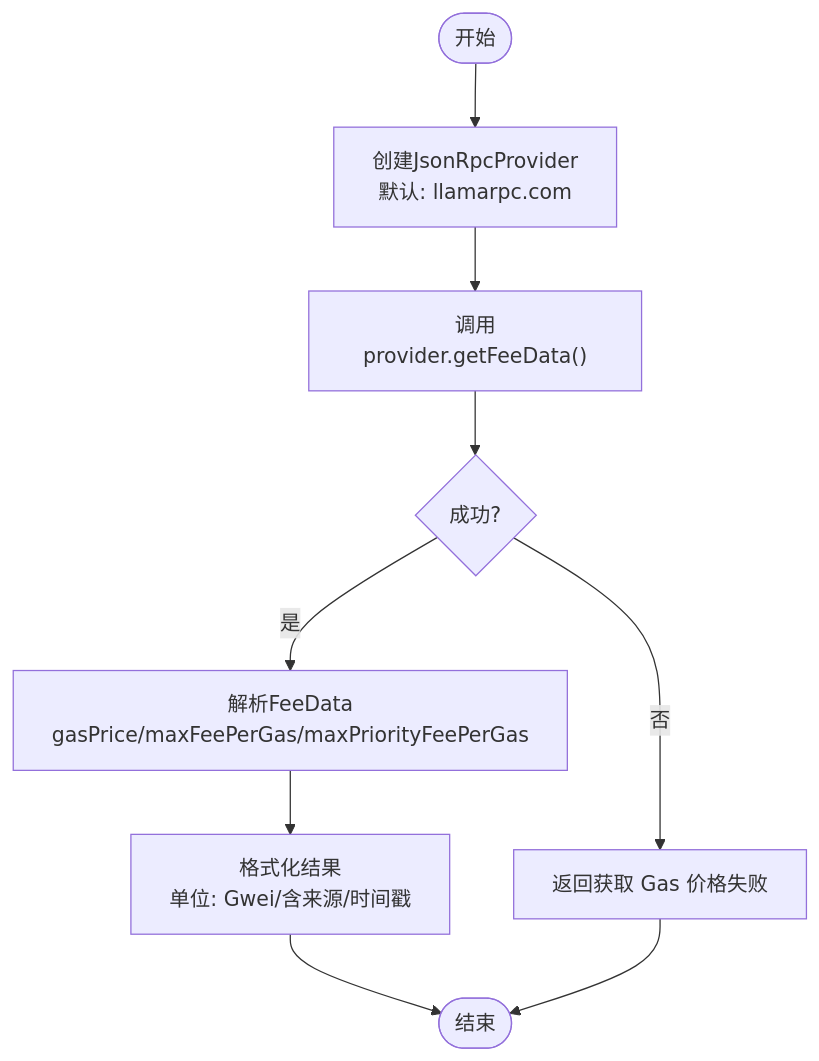
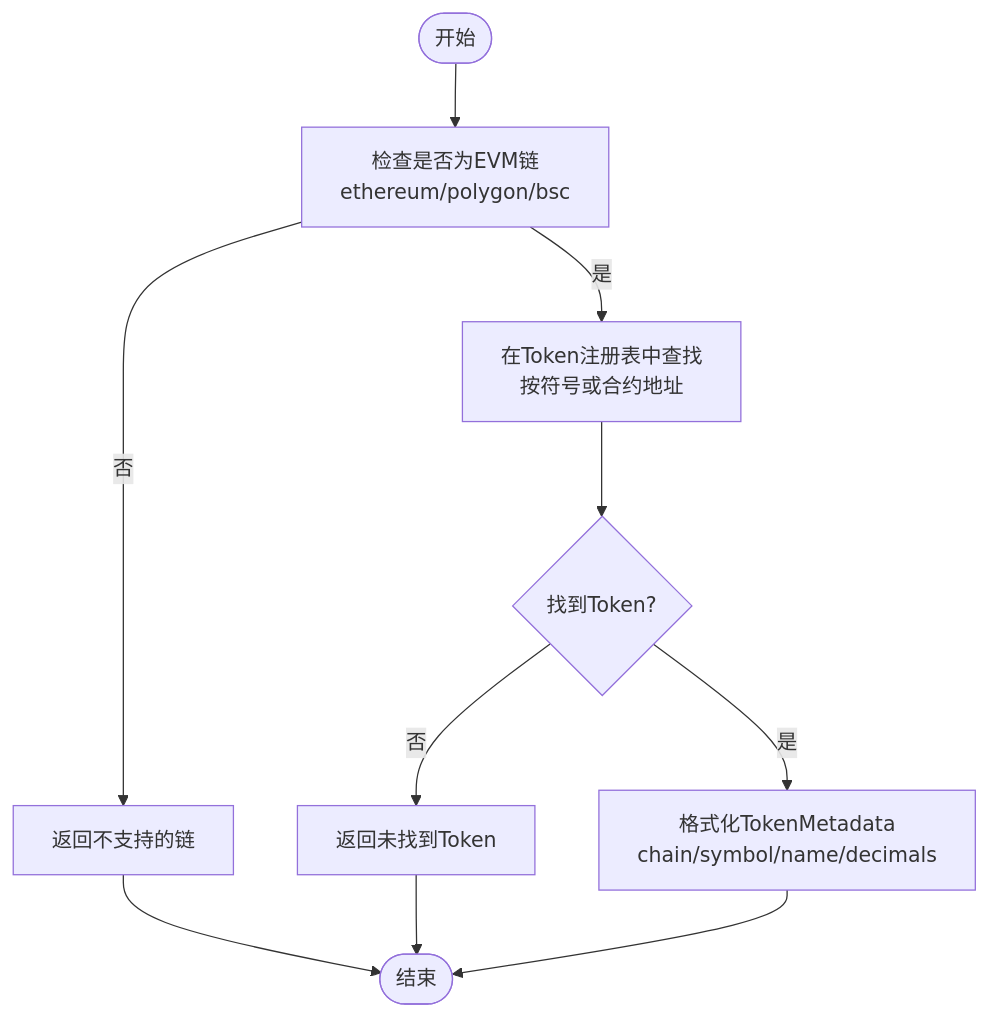
The sixth of 7 diagrams in .qoder/repowiki/zh/content/Web3工具集成/Web3工具集成.md (CryptoLinxu/Web3-AI-Agent), drawn with Mermaid before and after one commit. The commit also changed other lines of this file and 9 other files, not shown here.

````diff
--- a/.qoder/repowiki/zh/content/Web3工具集成/Web3工具集成.md
+++ b/.qoder/repowiki/zh/content/Web3工具集成/Web3工具集成.md
@@ -277,11 +329,12 @@
 ```mermaid
 flowchart TD
-Start(["开始"]) --> CreateProvider["创建JsonRpcProvider<br/>默认: llamarpc.com"]
-CreateProvider --> GetFee["调用provider.getFeeData()"]
-GetFee --> FeeOk{"成功?"}
-FeeOk --> |否| ErrFee["返回获取 Gas 价格失败"]
-FeeOk --> |是| Parse["解析FeeData<br/>gasPrice/maxFeePerGas/maxPriorityFeePerGas"]
-Parse --> Format["格式化结果<br/>单位: Gwei/含来源/时间戳"]
+Start(["开始"]) --> CheckEVM["检查是否为EVM链<br/>ethereum/polygon/bsc"]
+CheckEVM --> |否| ErrChain["返回不支持的链"]
+CheckEVM --> |是| FindToken["在Token注册表中查找<br/>按符号或合约地址"]
+FindToken --> Found{"找到Token?"}
+Found --> |否| ErrNotFound["返回未找到Token"]
+Found --> |是| Format["格式化TokenMetadata<br/>chain/symbol/name/decimals"]
 Format --> Done(["结束"])
-ErrFee --> Done
+ErrChain --> Done
+ErrNotFound --> Done
 ```
````
